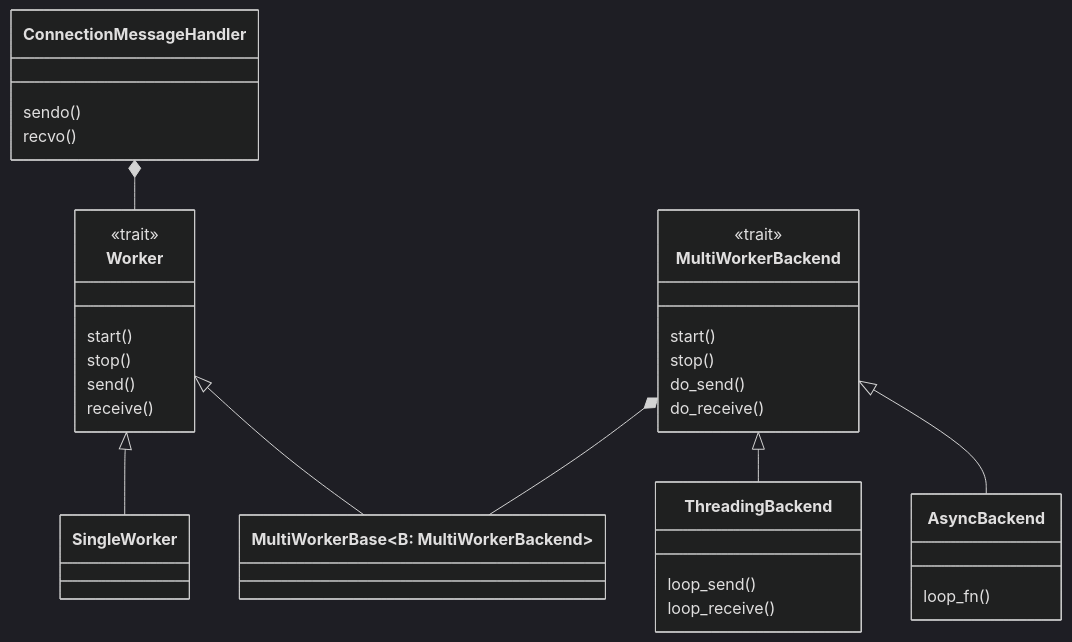
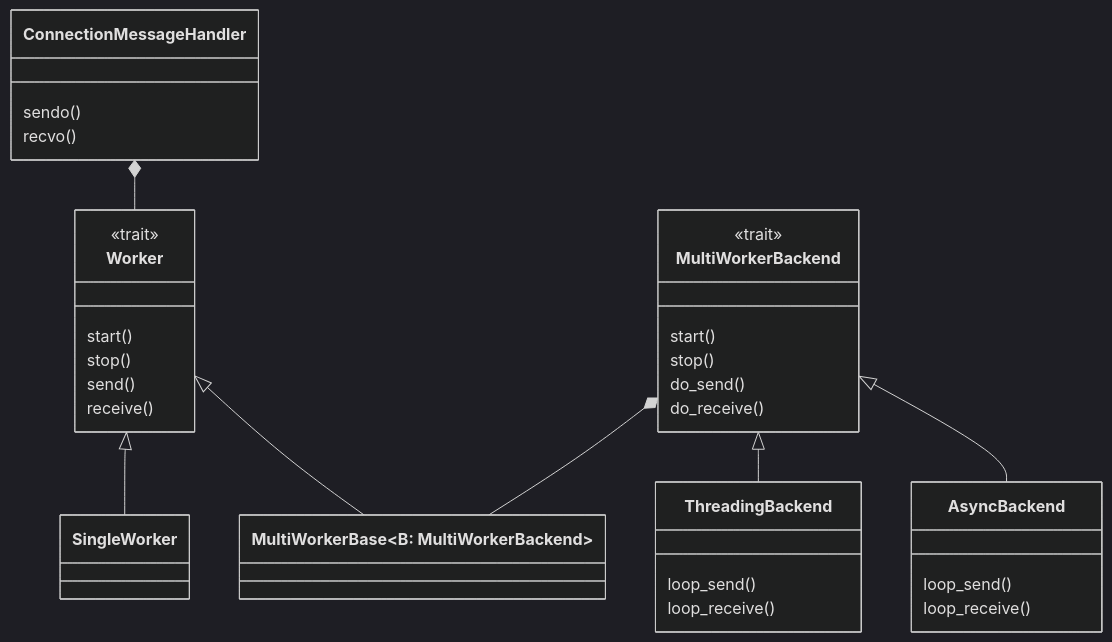
The diagram in smb/src/connection/README.md (christian-belloni/smb-rs), drawn with Mermaid (dark theme) before and after one commit. The commit also changed 15 other files, not shown here.

````diff
--- a/smb/src/connection/README.md
+++ b/smb/src/connection/README.md
@@ -15,34 +15,35 @@
 ```mermaid
 classDiagram
 class ConnectionMessageHandler
     ConnectionMessageHandler : sendo()
     ConnectionMessageHandler : recvo()
     ConnectionMessageHandler *-- Worker
 
 class Worker
     <<trait>> Worker
     Worker : start()
     Worker : stop()
     Worker : send()
     Worker : receive()
 class SingleWorker
     Worker <|-- SingleWorker
 class MultiWorkerBase~B: MultiWorkerBackend~
     Worker <|-- MultiWorkerBase
 
 class MultiWorkerBackend
     <<trait>> MultiWorkerBackend
     MultiWorkerBackend : start()
     MultiWorkerBackend : stop()
     MultiWorkerBackend : do_send()
     MultiWorkerBackend : do_receive()
     MultiWorkerBackend *-- MultiWorkerBase
 class ThreadingBackend
     MultiWorkerBackend <|-- ThreadingBackend
     ThreadingBackend : loop_send()
     ThreadingBackend : loop_receive()
 class AsyncBackend
     MultiWorkerBackend <|-- AsyncBackend
-    AsyncBackend : loop_fn()
+    AsyncBackend : loop_send()
+    AsyncBackend : loop_receive()
 
 ```
````
